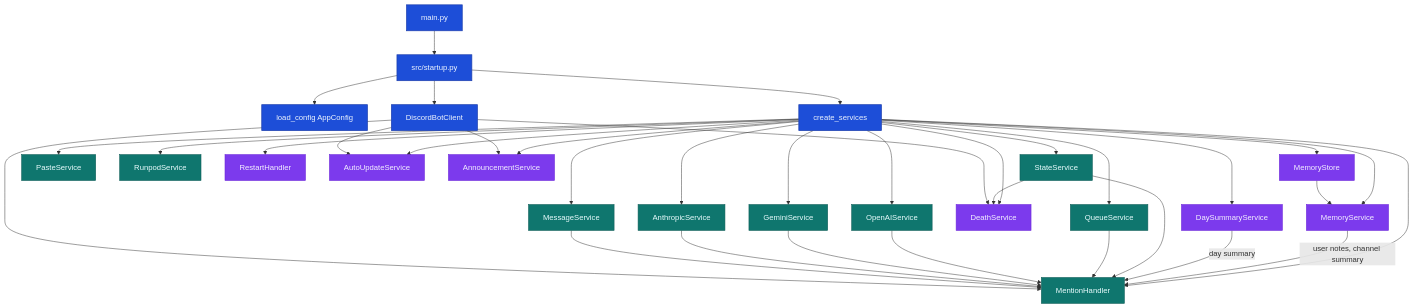
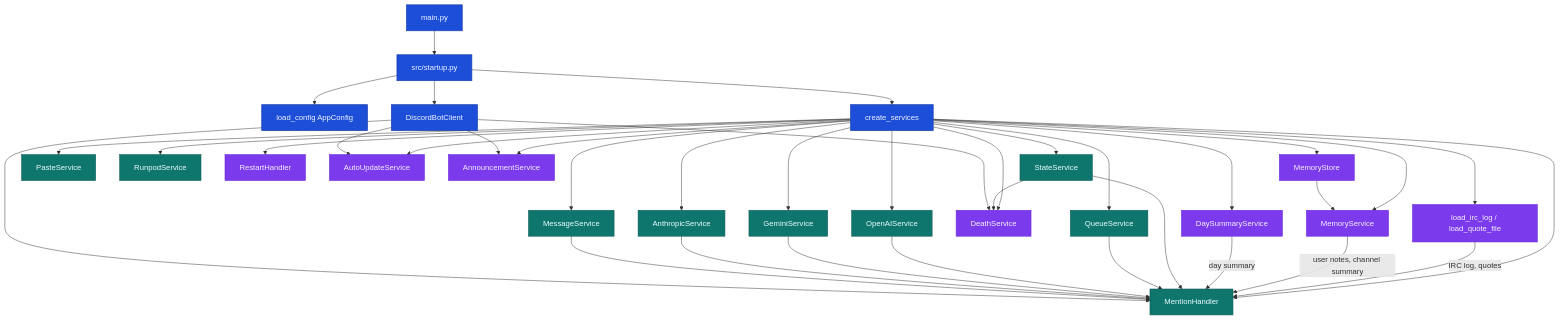
One commit to jobeus/cmwgpt changed the second of 5 diagrams in docs/architecture.md. Above: the diagram before and after it, drawn with Mermaid. The commit also changed other lines of this file and 12 other files, not shown here.

````diff
--- a/docs/architecture.md
+++ b/docs/architecture.md
@@ -90,51 +100,53 @@
 ```mermaid
 flowchart TB
     classDef core fill:#1d4ed8,color:#eff6ff,stroke:#1e40af,stroke-width:1.5px;
     classDef svc fill:#0f766e,color:#ecfeff,stroke:#115e59,stroke-width:1.2px;
     classDef aux fill:#7c3aed,color:#f5f3ff,stroke:#6d28d9,stroke-width:1.2px;
 
     Main[main.py]:::core --> Startup[src/startup.py]:::core
     Startup --> Config[load_config AppConfig]:::core
     Startup --> Factory[create_services]:::core
     Factory --> State[StateService]:::svc
     Factory --> Queue[QueueService]:::svc
     Factory --> OpenAI[OpenAIService]:::svc
     Factory --> Gemini[GeminiService]:::svc
     Factory --> Anthropic[AnthropicService]:::svc
     Factory --> Paste[PasteService]:::svc
     Factory --> Message[MessageService]:::svc
     Factory --> Runpod[RunpodService]:::svc
     Factory --> Restart[RestartHandler]:::aux
     Factory --> AutoUpdate[AutoUpdateService]:::aux
     Factory --> Announce[AnnouncementService]:::aux
 
     Factory --> Death[DeathService]:::aux
     Factory --> MemStore[MemoryStore]:::aux
     Factory --> Memory[MemoryService]:::aux
     Factory --> DaySummary[DaySummaryService]:::aux
     Factory --> Mention[MentionHandler]:::svc
+    Factory --> IrcLog[load_irc_log / load_quote_file]:::aux
+    IrcLog -->|IRC log, quotes| Mention
 
     MemStore --> Memory
     Memory -->|user notes, channel summary| Mention
     DaySummary -->|day summary| Mention
 
 
     State --> Death
     State --> Mention
     Queue --> Mention
 
     OpenAI --> Mention
 
     Gemini --> Mention
 
     Anthropic --> Mention
 
     Message --> Mention
 
     Startup --> Client[DiscordBotClient]:::core
     Client --> Mention
     Client --> AutoUpdate
     Client --> Announce
 
     Client --> Death
 ```
````
